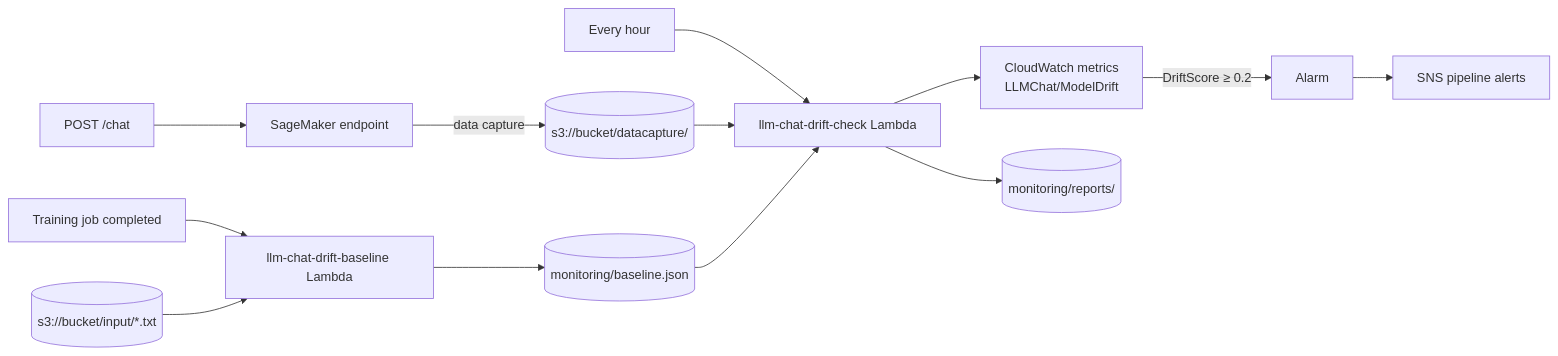
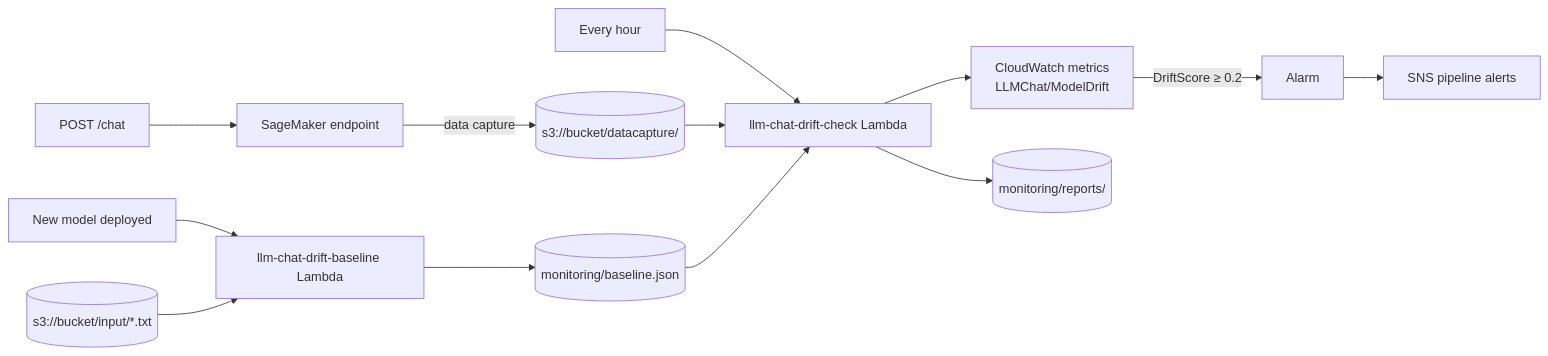
One commit to sumitgupta477/ModelTrainingSagemaker changed the diagram in README.md. Above: the diagram before and after it, drawn with Mermaid. The commit also changed other lines of this file and 12 other files, not shown here.

````diff
--- a/README.md
+++ b/README.md
@@ -94,14 +126,14 @@
 ```mermaid
 flowchart LR
     api["POST /chat"] --> ep["SageMaker endpoint"]
     ep -->|data capture| cap[("s3://bucket/datacapture/")]
-    done["Training job completed"] --> bl["llm-chat-drift-baseline Lambda"]
+    done["New model deployed"] --> bl["llm-chat-drift-baseline Lambda"]
     data[("s3://bucket/input/*.txt")] --> bl
     bl --> base[("monitoring/baseline.json")]
     sched["Every hour"] --> chk["llm-chat-drift-check Lambda"]
     cap --> chk
     base --> chk
     chk --> cw["CloudWatch metrics<br/>LLMChat/ModelDrift"]
     chk --> rep[("monitoring/reports/")]
     cw -->|"DriftScore ≥ 0.2"| alarm["Alarm"] --> sns["SNS pipeline alerts"]
 ```
````
